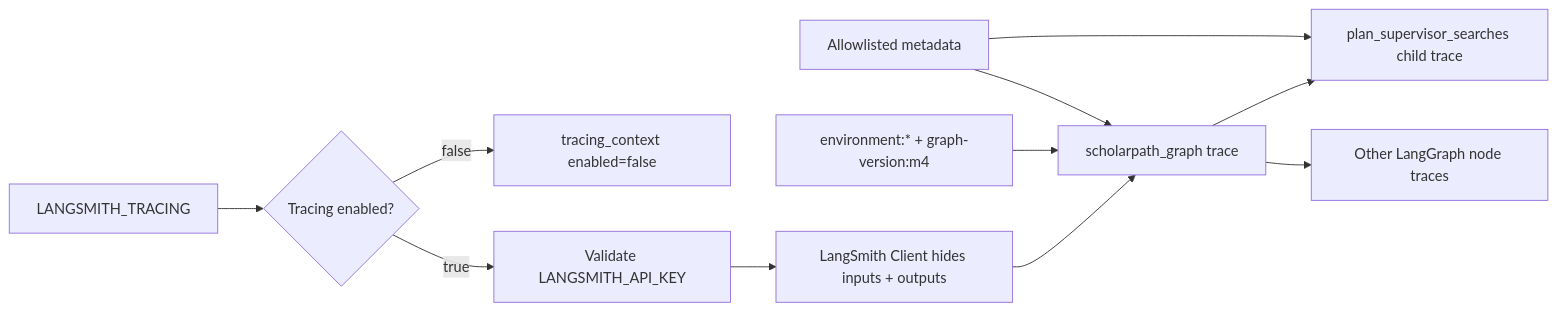
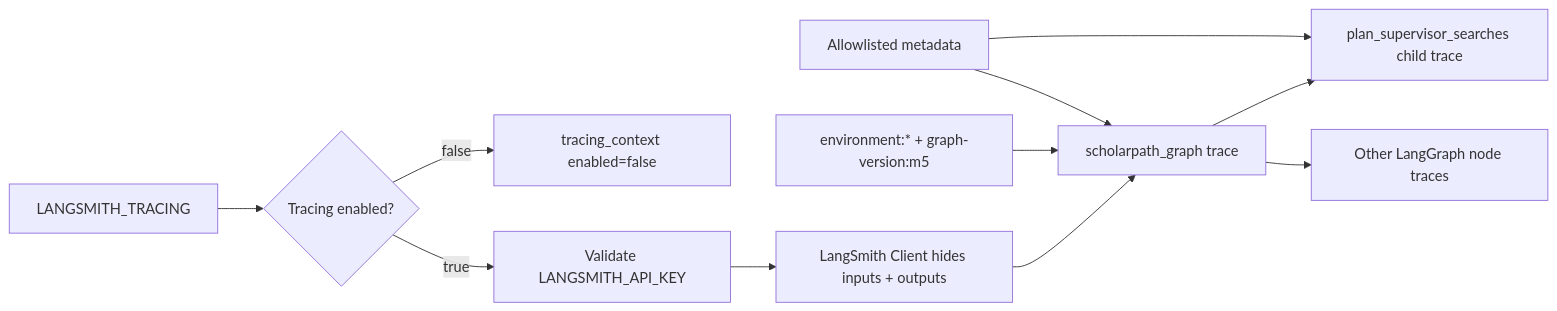
One commit to shanly-rajan/ai-builder changed the ninth of 14 diagrams in projects/scholar-path/docs/architecture.md. Above: the diagram before and after it, drawn with Mermaid. The commit also changed other lines of this file and 35 other files, not shown here.

````diff
--- a/projects/scholar-path/docs/architecture.md
+++ b/projects/scholar-path/docs/architecture.md
@@ -236,13 +284,13 @@
 ```mermaid
 flowchart LR
     Env[LANGSMITH_TRACING] --> Scope{Tracing enabled?}
     Scope -->|false| Disabled[tracing_context enabled=false]
     Scope -->|true| Key[Validate LANGSMITH_API_KEY]
     Key --> Client[LangSmith Client hides inputs + outputs]
     Client --> Root[scholarpath_graph trace]
     Root --> Node[plan_supervisor_searches child trace]
     Root --> Other[Other LangGraph node traces]
-    Tags[environment:* + graph-version:m4] --> Root
+    Tags[environment:* + graph-version:m5] --> Root
     Metadata[Allowlisted metadata] --> Root
     Metadata --> Node
 ```
````
